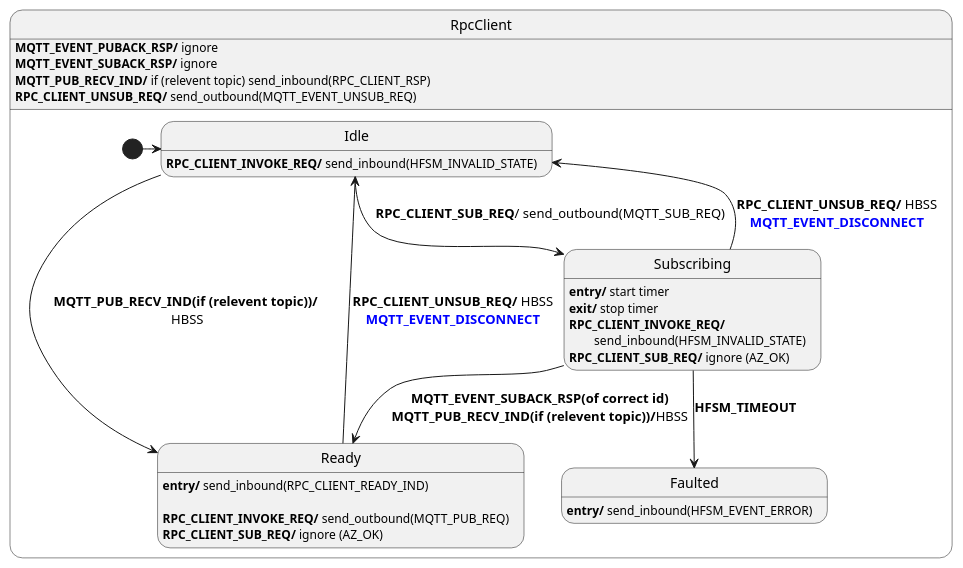
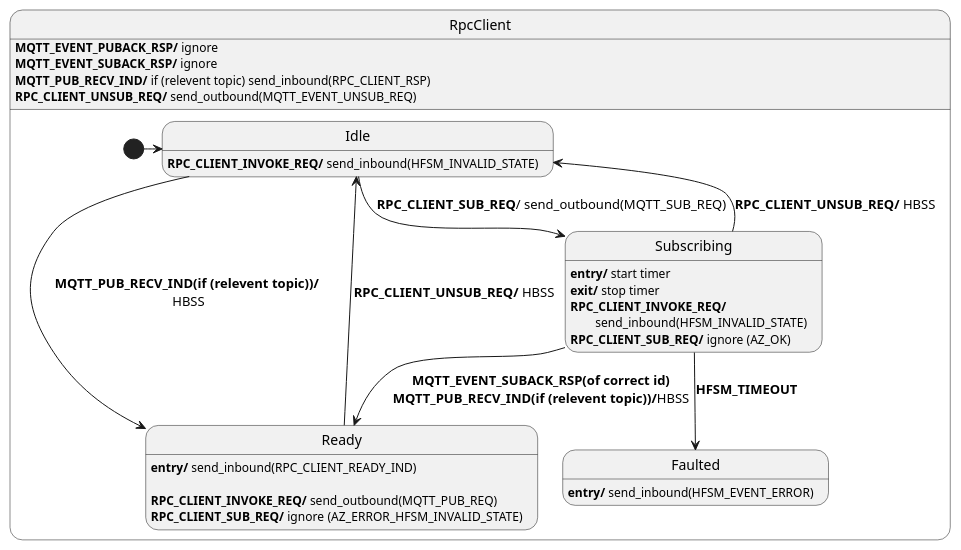
Before and after one commit to Azure/azure-sdk-for-c: the diagram in sdk/docs/core/rpc_client.puml, drawn with PlantUML. The commit also changed 5 other files, not shown here.

```diff
--- a/sdk/docs/core/rpc_client.puml
+++ b/sdk/docs/core/rpc_client.puml
@@ -1,44 +1,44 @@
 @startuml
 ' ignore these as handled outside of this diagram: MQTT_EVENT_CONNECT_REQ, MQTT_EVENT_CONNECT_RSP, MQTT_EVENT_DISCONNECT_REQ, MQTT_EVENT_DISCONNECT_RSP
 ' Assumptions:
 ' 0. Unknown events are forwarded (in their original direction, either inbound or outbound).
 ' 1. If RPC_CLIENT_READY_IND hasn't already been sent, RPC_CLIENT_SUB_REQ is guaranteed to respond with either RPC_CLIENT_READY_IND, or HFSM_EVENT_ERROR if the subscribe request timed out.
 ' 2. RPC_CLIENT_READY_IND will not be sent more than once unless the client unsubscribes or gets disconnected
 ' 3. RPC_CLIENT_INVOKE_REQ is guaranteed to respond with MQTT_EVENT_PUBACK_RSP if the API call succeeds (?)
 ' 4. HBSS = Handle By Super State
 ' 5. send_inbound, send_outbound are used to send information to the app and network respectively.
 
 state RpcClient {
   state Idle
   Idle : <b>RPC_CLIENT_INVOKE_REQ/</b> send_inbound(HFSM_INVALID_STATE)
 
   state Faulted
   Faulted : <b>entry/</b> send_inbound(HFSM_EVENT_ERROR)
     
   state Subscribing
   Subscribing : <b>entry/</b> start timer
   Subscribing : <b>exit/</b> stop timer
   Subscribing : <b>RPC_CLIENT_INVOKE_REQ/</b>\n\tsend_inbound(HFSM_INVALID_STATE)
   Subscribing : <b>RPC_CLIENT_SUB_REQ/</b> ignore (AZ_OK) 
   
   state Ready
   Ready : <b>entry/</b> send_inbound(RPC_CLIENT_READY_IND)\n
   Ready : <b>RPC_CLIENT_INVOKE_REQ/</b> send_outbound(MQTT_PUB_REQ)
-  Ready : <b>RPC_CLIENT_SUB_REQ/</b> ignore (AZ_OK)
+  Ready : <b>RPC_CLIENT_SUB_REQ/</b> ignore (AZ_ERROR_HFSM_INVALID_STATE)
 
   [*] -> Idle
   Idle --> Subscribing : <b>RPC_CLIENT_SUB_REQ</b>/ send_outbound(MQTT_SUB_REQ)
   Idle -> Ready : <b>MQTT_PUB_RECV_IND(if (relevent topic))/</b>\n HBSS
   Subscribing --> Faulted : <b>HFSM_TIMEOUT</b>
   Subscribing --> Ready : <b>MQTT_EVENT_SUBACK_RSP(of correct id)</b>\n<b>MQTT_PUB_RECV_IND(if (relevent topic))/</b>HBSS
-  Ready --> Idle : <b>RPC_CLIENT_UNSUB_REQ/</b> HBSS\n<color:blue><b>MQTT_EVENT_DISCONNECT</b></color>
-  Subscribing --> Idle : <b>RPC_CLIENT_UNSUB_REQ/</b> HBSS\n<color:blue><b>MQTT_EVENT_DISCONNECT</b></color>
+  Ready --> Idle : <b>RPC_CLIENT_UNSUB_REQ/</b> HBSS
+  Subscribing --> Idle : <b>RPC_CLIENT_UNSUB_REQ/</b> HBSS
 
 
 }
 RpcClient : <b>MQTT_EVENT_PUBACK_RSP/</b> ignore
 RpcClient : <b>MQTT_EVENT_SUBACK_RSP/</b> ignore
 RpcClient : <b>MQTT_PUB_RECV_IND/</b> if (relevent topic) send_inbound(RPC_CLIENT_RSP)
 RpcClient : <b>RPC_CLIENT_UNSUB_REQ/</b> send_outbound(MQTT_EVENT_UNSUB_REQ)
 
 @enduml
```
